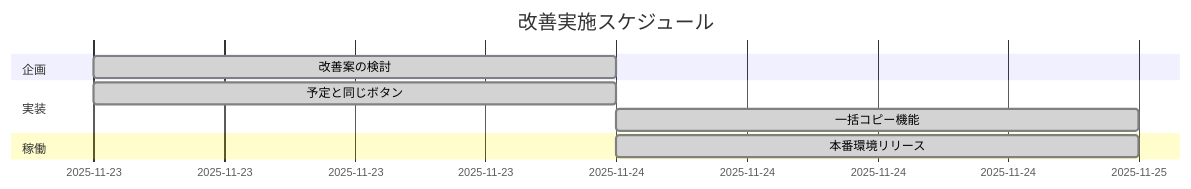
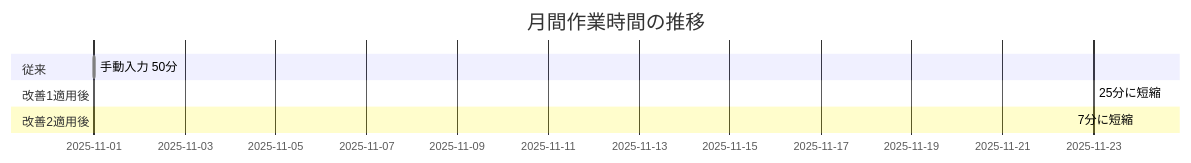
Before and after one commit to yasushi-honda/ai-care-shift-scheduler: the fifth of 5 diagrams in docs/index.md, drawn with Mermaid. The commit also changed other lines of this file, not shown here.

````diff
--- a/docs/index.md
+++ b/docs/index.md
@@ -95,15 +106,14 @@
 ```mermaid
 gantt
-    title 改善実施スケジュール
+    title 月間作業時間の推移
     dateFormat YYYY-MM-DD
 
-    section 企画
-    改善案の検討: done, plan, 2025-11-23, 1d
+    section 従来
+    手動入力 50分: done, old, 2025-11-01, 50m
 
-    section 実装
-    予定と同じボタン: done, impl1, 2025-11-23, 1d
-    一括コピー機能: done, impl2, 2025-11-24, 1d
+    section 改善1適用後
+    25分に短縮: done, imp1, 2025-11-23, 25m
 
-    section 稼働
-    本番環境リリース: done, release, 2025-11-24, 1d
+    section 改善2適用後
+    7分に短縮: done, imp2, 2025-11-24, 7m
 ```
````
